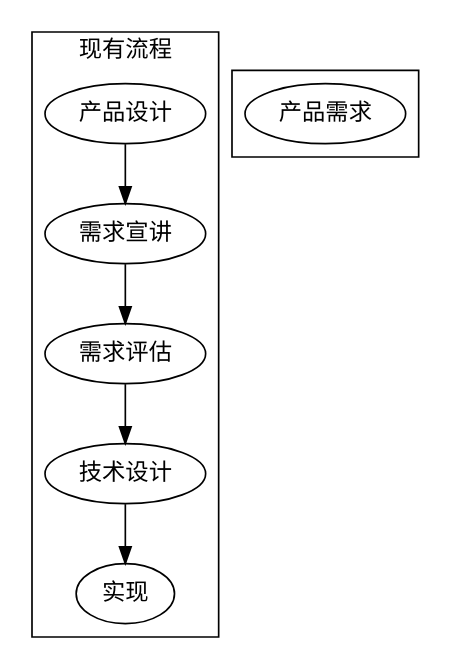
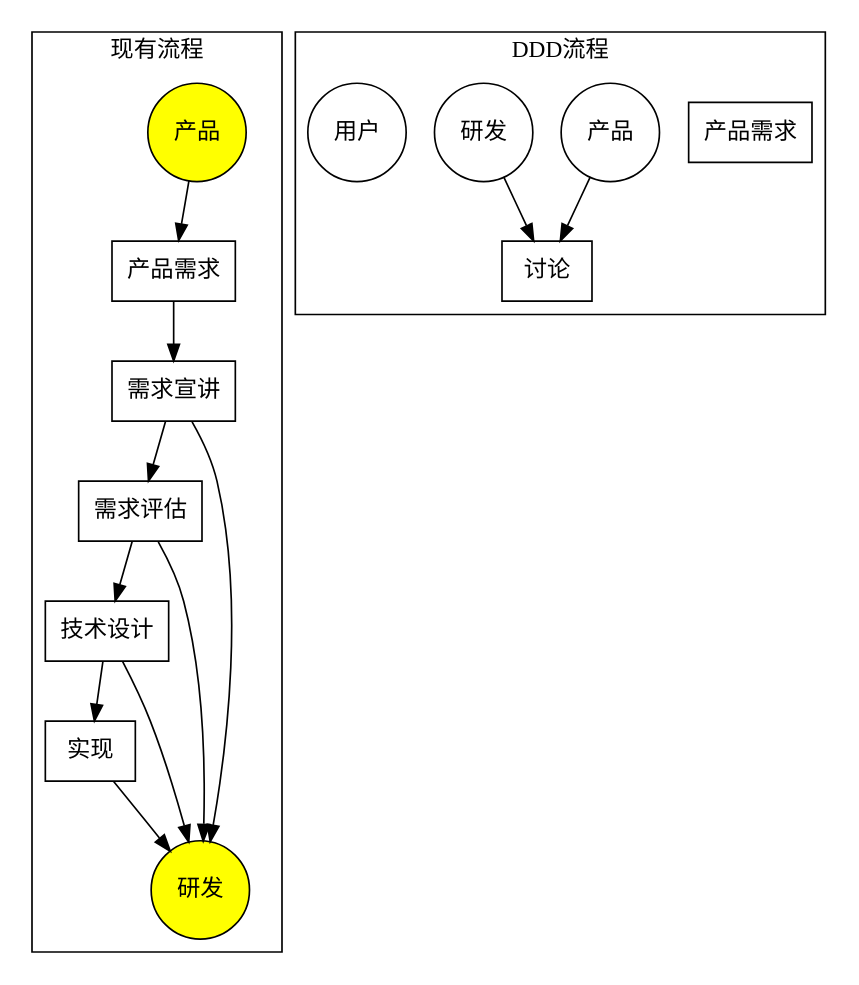
The diagram in ddd/img/ddd-process.dot (shinyoo/shinyoo.github.io), drawn with Graphviz before and after one commit. The commit also changed 2 other files, not shown here.

```diff
--- a/ddd/img/ddd-process.dot
+++ b/ddd/img/ddd-process.dot
@@ -1,24 +1,41 @@
 digraph processVs {
+    node[shape=box]
     subgraph cluster_old {
-
-        p_des[label="产品设计"]
+        p_des[label="产品需求"]
         p_pub[label="需求宣讲"]
-        p_est[label="需求评估"]
+        d_est[label="需求评估"]
         d_des[label="技术设计"]
         d_imp[label="实现"]
 
-        p_des->p_pub->p_est->d_des->d_imp
-
+        p_des->p_pub->d_est->d_des->d_imp
+        node[shape=circle, style=filled, fillcolor=yellow]
+        pm[label="产品"]
+        dev[label="研发"]
+        pm->p_des
+        p_pub->dev
+        d_est->dev
+        d_des->dev
+        d_imp->dev
+        edge[style=invis]
+        pm->dev
         
         label="现有流程";
     }
 
 
 
     subgraph cluster_ddd {
         p_pro[label="产品需求"]
+        p_dis[label="讨论"]
+
+        node[shape="circle"]
+        m_pm[label="产品"]
+        m_dev[label="研发"]
+        m_user[label="用户"]
         
+        m_pm->p_dis
+        m_dev->p_dis
 
-        lable="DDD"
+        label="DDD流程"
     }
 }
```
